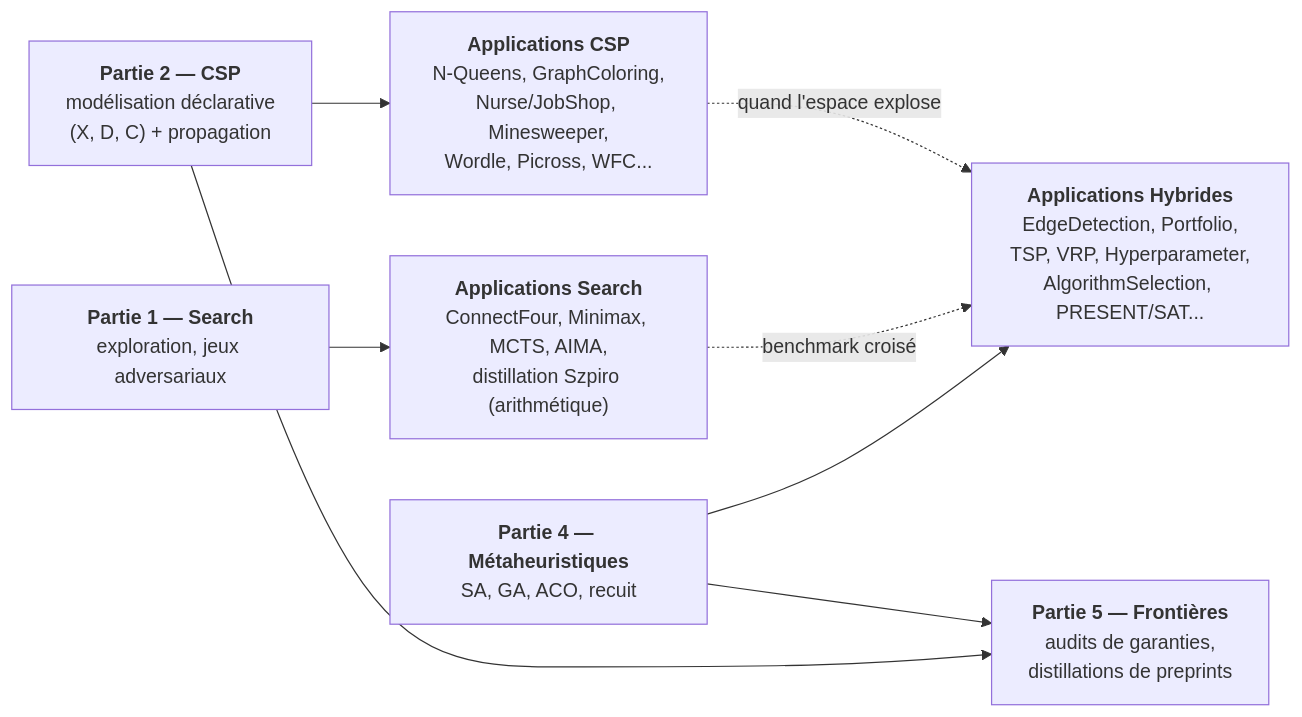
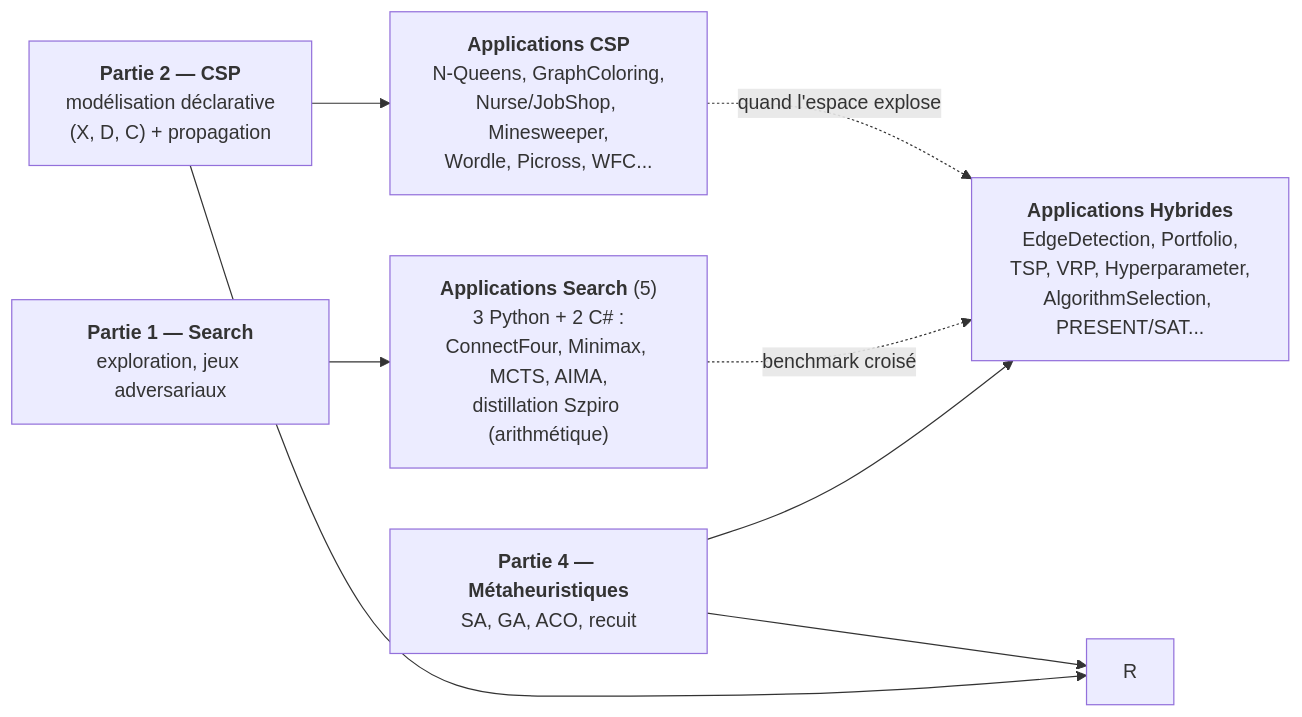
The diagram in MyIA.AI.Notebooks/Search/Applications/README.md (jsboige/CoursIA), drawn with Mermaid before and after one commit. The commit also changed other lines of this file and 44 other files, not shown here.

````diff
--- a/MyIA.AI.Notebooks/Search/Applications/README.md
+++ b/MyIA.AI.Notebooks/Search/Applications/README.md
@@ -39,17 +39,16 @@
 ```mermaid
 flowchart LR
     P1["<b>Partie 1 — Search</b><br/>exploration, jeux adversariaux"]
     P2["<b>Partie 2 — CSP</b><br/>modélisation déclarative<br/>(X, D, C) + propagation"]
     P4["<b>Partie 4 — Métaheuristiques</b><br/>SA, GA, ACO, recuit"]
-    S["<b>Applications Search</b><br/>ConnectFour, Minimax, MCTS, AIMA,<br/>distillation Szpiro (arithmétique)"]
+    S["<b>Applications Search</b> (5)<br/>3 Python + 2 C# :<br/>ConnectFour, Minimax, MCTS, AIMA,<br/>distillation Szpiro (arithmétique)"]
     C["<b>Applications CSP</b><br/>N-Queens, GraphColoring,<br/>Nurse/JobShop, Minesweeper,<br/>Wordle, Picross, WFC..."]
     H["<b>Applications Hybrides</b><br/>EdgeDetection, Portfolio,<br/>TSP, VRP, Hyperparameter,<br/>AlgorithmSelection, PRESENT/SAT..."]
     P1 --> S
     P2 --> C
     P4 --> H
-    R["<b>Partie 5 — Frontières</b><br/>audits de garanties,<br/>distillations de preprints"]
     P2 --> R
     P4 --> R
     S -.->|"benchmark croisé"| H
     C -.->|"quand l'espace explose"| H
 ```
````
